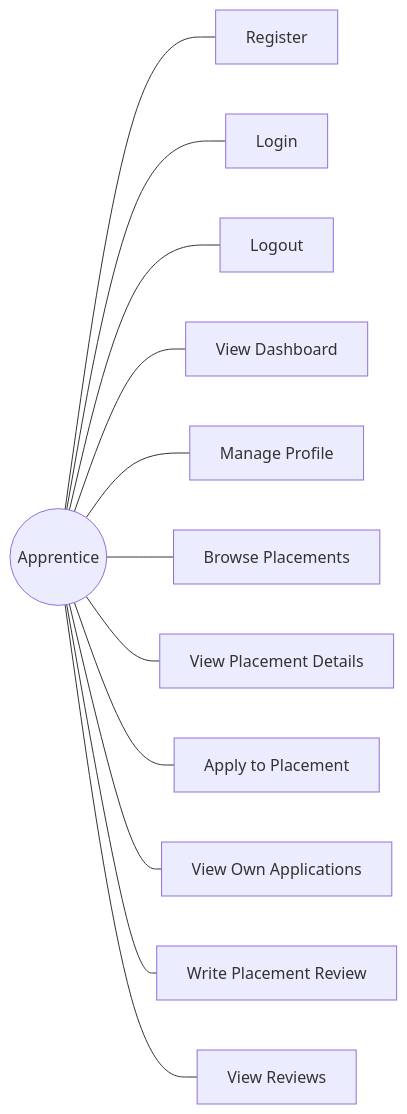
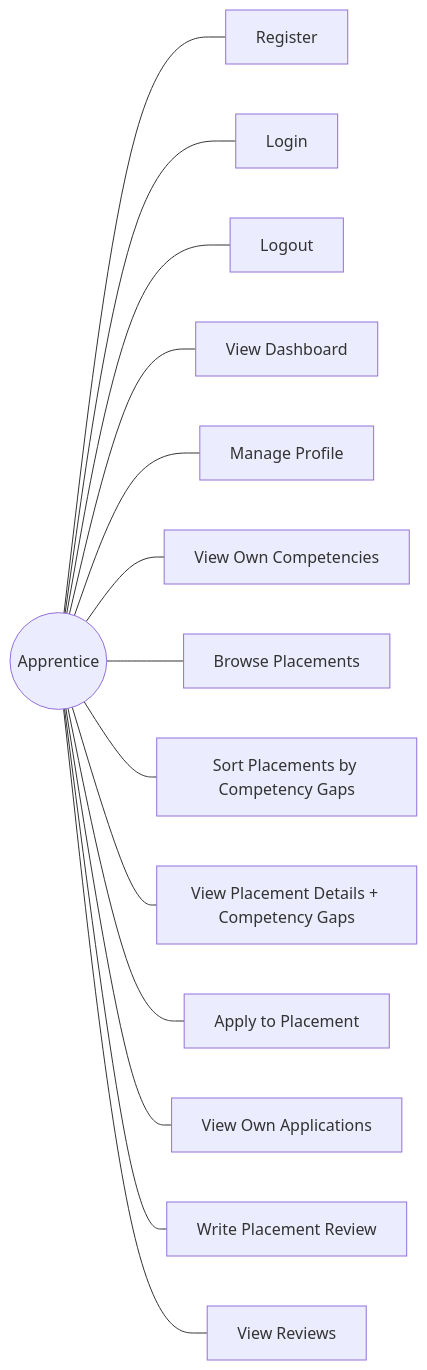
One commit to JayCenaUni/Placements changed the first of 3 diagrams in docs/uml/use-case-diagram.md. Above: the diagram before and after it, drawn with Mermaid. The commit also changed other lines of this file and 6 other files, not shown here.

````diff
--- a/docs/uml/use-case-diagram.md
+++ b/docs/uml/use-case-diagram.md
@@ -7,16 +7,18 @@
 ```mermaid
 graph LR
     A((Apprentice))
 
     A --- Register
     A --- Login
     A --- Logout
     A --- Dashboard[View Dashboard]
     A --- Profile[Manage Profile]
+    A --- ViewComps[View Own Competencies]
     A --- Browse[Browse Placements]
-    A --- ViewP[View Placement Details]
+    A --- SortGaps[Sort Placements by Competency Gaps]
+    A --- ViewP[View Placement Details + Competency Gaps]
     A --- Apply[Apply to Placement]
     A --- ViewApps[View Own Applications]
     A --- WriteRev[Write Placement Review]
     A --- ViewRevs[View Reviews]
 ```
````
